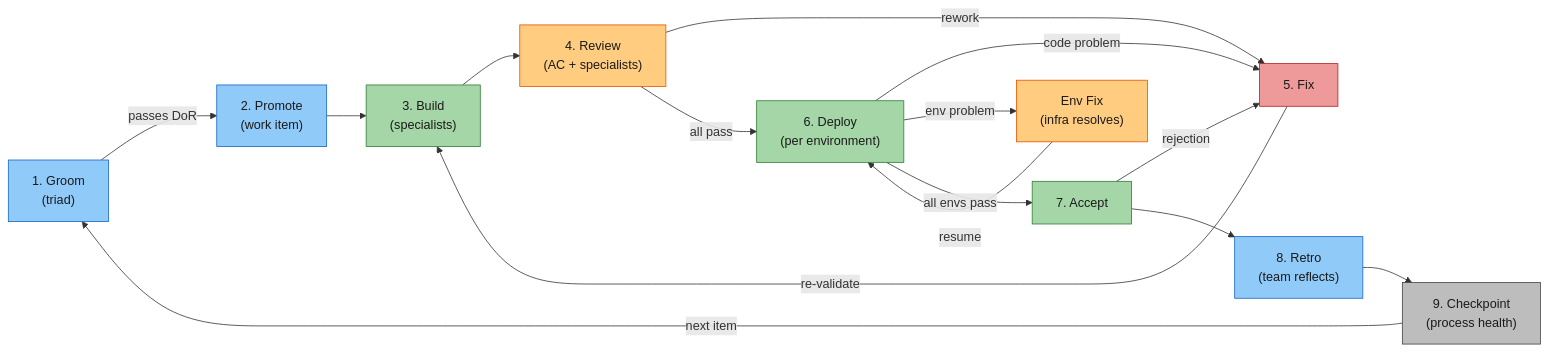
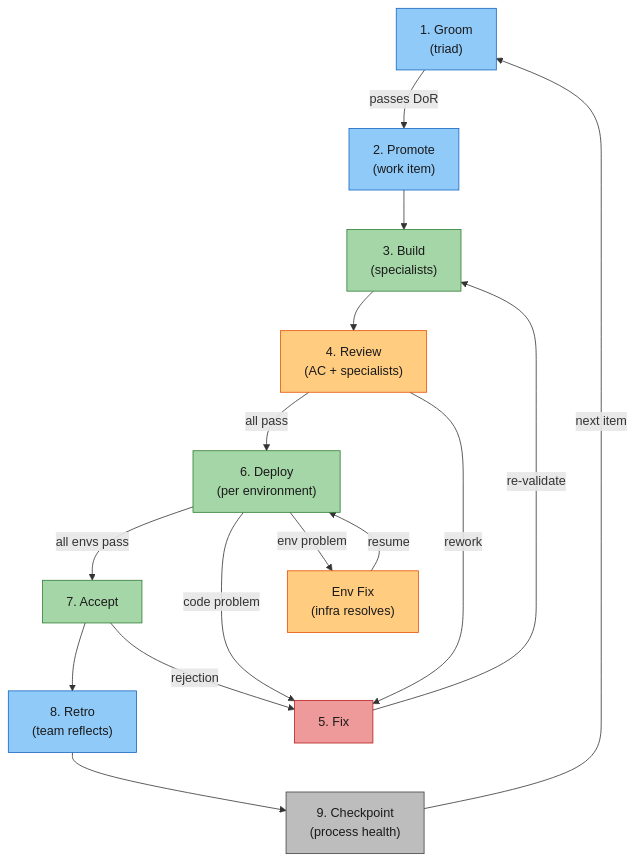
Before and after one commit to rdunie/venutian-antfarm: the sixth of 23 diagrams in docs/COLLABORATION-MODEL.md, drawn with Mermaid. The commit also changed 1 other file, not shown here.

Commit message:
fix: switch lifecycle diagrams to top-down layout to avoid edge overlaps
LR layout caused backward edges (Fix→Build, Accept→Fix) to cross
forward flow. TD layout places Fix below the main flow so rework
loops go down and back up cleanly. Grouped all Fix-bound edges
together for visual clarity.

````diff
--- a/docs/COLLABORATION-MODEL.md
+++ b/docs/COLLABORATION-MODEL.md
@@ -213,28 +213,30 @@
 ```mermaid
-flowchart LR
+flowchart TD
     B["1. Groom\n(triad)"] -->|"passes DoR"| P["2. Promote\n(work item)"]
     P --> IP["3. Build\n(specialists)"]
     IP --> RV["4. Review\n(AC + specialists)"]
-    RV -->|"rework"| FIX["5. Fix"]
-    FIX -->|"re-validate"| IP
     RV -->|"all pass"| DEP["6. Deploy\n(per environment)"]
-    DEP -->|"code problem"| FIX
-    DEP -->|"env problem"| ENVFIX["Env Fix\n(infra resolves)"]
-    ENVFIX -->|"resume"| DEP
     DEP -->|"all envs pass"| ACC["7. Accept"]
-    ACC -->|"rejection"| FIX
     ACC --> RET["8. Retro\n(team reflects)"]
     RET --> CHK["9. Checkpoint\n(process health)"]
     CHK -->|"next item"| B
+
+    RV -->|"rework"| FIX["5. Fix"]
+    DEP -->|"code problem"| FIX
+    ACC -->|"rejection"| FIX
+    FIX -->|"re-validate"| IP
+
+    DEP -->|"env problem"| ENVFIX["Env Fix\n(infra resolves)"]
+    ENVFIX -->|"resume"| DEP
 
     style B fill:#90caf9,stroke:#1565c0,color:#1a1a1a
     style P fill:#90caf9,stroke:#1565c0,color:#1a1a1a
     style IP fill:#a5d6a7,stroke:#2e7d32,color:#1a1a1a
     style RV fill:#ffcc80,stroke:#e65100,color:#1a1a1a
     style FIX fill:#ef9a9a,stroke:#b71c1c,color:#1a1a1a
     style ENVFIX fill:#ffcc80,stroke:#e65100,color:#1a1a1a
     style DEP fill:#a5d6a7,stroke:#2e7d32,color:#1a1a1a
     style ACC fill:#a5d6a7,stroke:#2e7d32,color:#1a1a1a
     style RET fill:#90caf9,stroke:#1565c0,color:#1a1a1a
     style CHK fill:#bdbdbd,stroke:#424242,color:#1a1a1a
 ```
````
